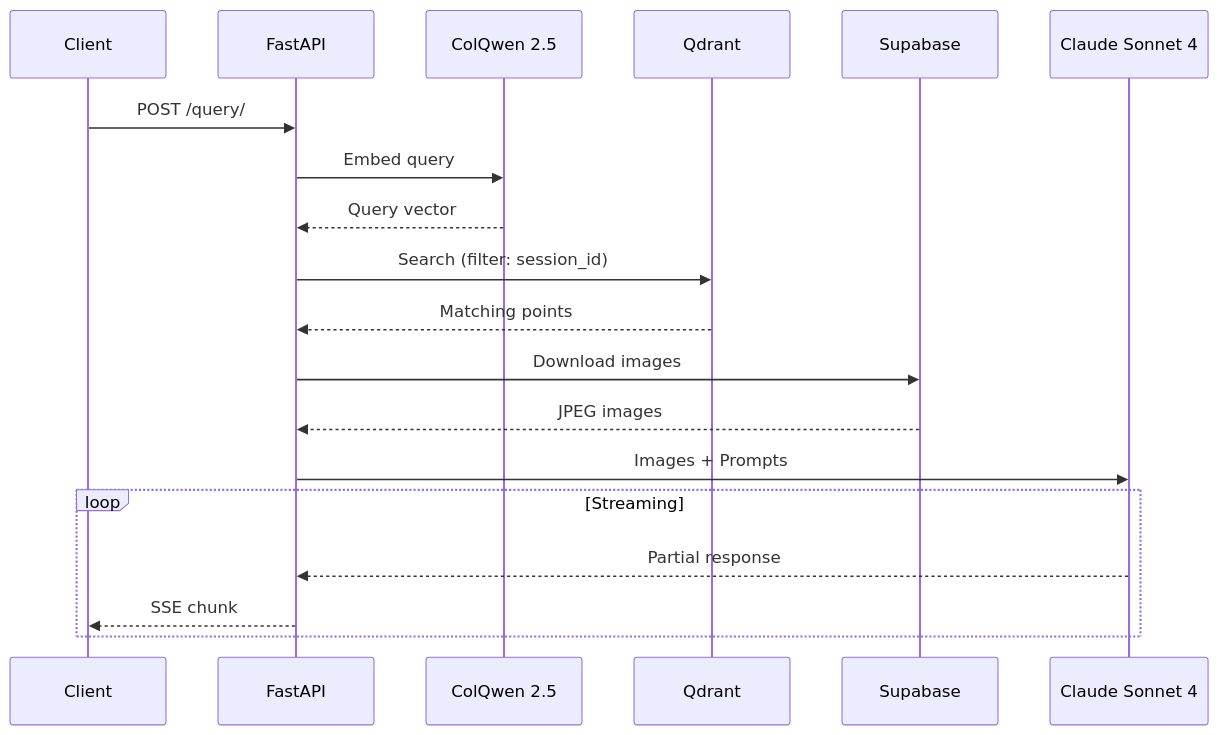
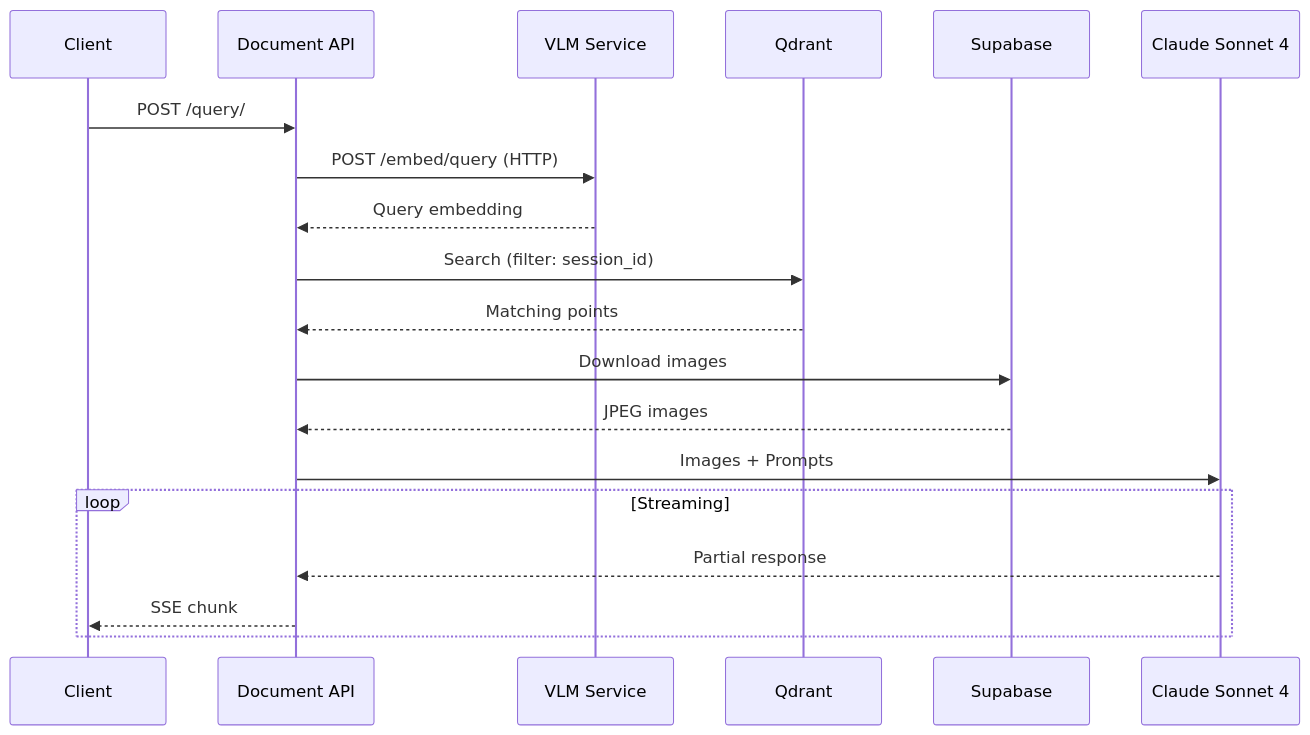
The second of 2 diagrams in docs/api-reference.md (akosgintl/colpali-rag-app), drawn with Mermaid before and after one commit. The commit also changed other lines of this file and 84 other files, not shown here.

Commit message:
refactored to document-api and colpali-vlm projects

````diff
--- a/docs/api-reference.md
+++ b/docs/api-reference.md
@@ -121,23 +122,23 @@
 ```mermaid
 sequenceDiagram
     participant Client
-    participant API as FastAPI
-    participant ColQwen as ColQwen 2.5
+    participant API as Document API
+    participant VLM as VLM Service
     participant Qdrant
     participant Supabase
     participant Claude as Claude Sonnet 4
 
     Client->>API: POST /query/
-    API->>ColQwen: Embed query
-    ColQwen-->>API: Query vector
+    API->>VLM: POST /embed/query (HTTP)
+    VLM-->>API: Query embedding
     API->>Qdrant: Search (filter: session_id)
     Qdrant-->>API: Matching points
     API->>Supabase: Download images
     Supabase-->>API: JPEG images
     API->>Claude: Images + Prompts
 
     loop Streaming
         Claude-->>API: Partial response
         API-->>Client: SSE chunk
     end
 ```
````
